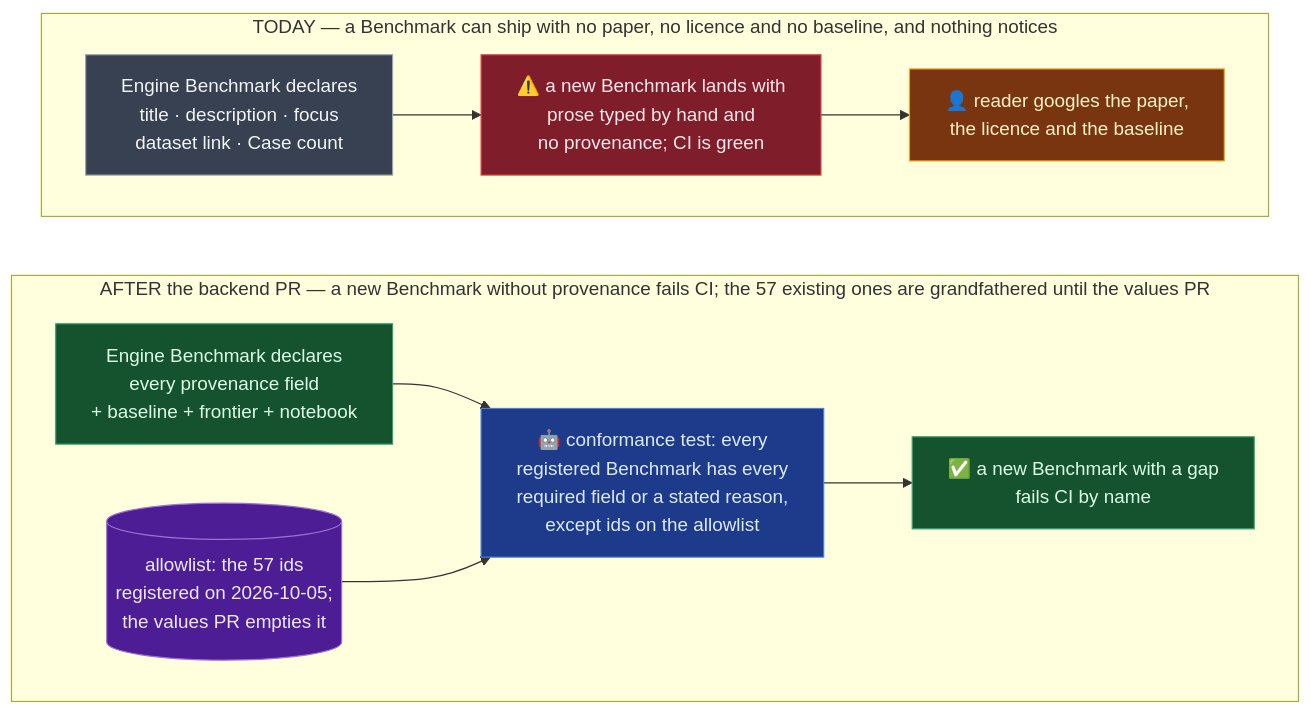
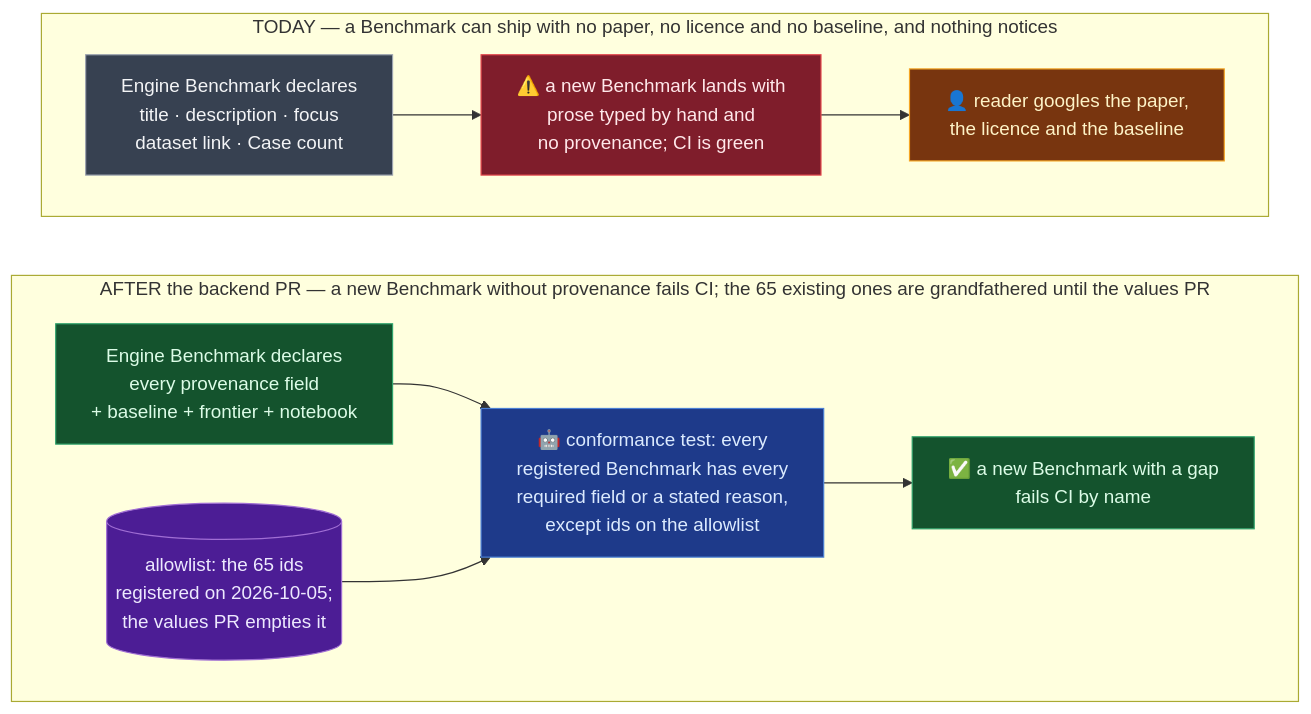
Before and after one commit to ScreamingFace/screamingface: the diagram in docs/spec/2026-10-05-OME-1455-benchmark-provenance.md, drawn with Mermaid. The commit also changed other lines of this file and 40 other files, not shown here.

First line of the commit message:
feat(screamingface-engine): declare Benchmark provenance and serve a saturation verdict

````diff
--- a/docs/spec/2026-10-05-OME-1455-benchmark-provenance.md
+++ b/docs/spec/2026-10-05-OME-1455-benchmark-provenance.md
@@ -42,27 +42,27 @@
 ```mermaid
 %%{init: {"flowchart": {"wrappingWidth": 440}}}%%
 flowchart TB
   subgraph TODAY["TODAY — a Benchmark can ship with no paper, no licence and no baseline, and nothing notices"]
     direction LR
     a1["Engine Benchmark declares<br/>title · description · focus<br/>dataset link · Case count"]:::plain
     a2["⚠️ a new Benchmark lands with<br/>prose typed by hand and<br/>no provenance; CI is green"]:::bad
     a3["👤 reader googles the paper,<br/>the licence and the baseline"]:::warn
     a1 --> a2 --> a3
   end
-  subgraph AFTER["AFTER the backend PR — a new Benchmark without provenance fails CI; the 57 existing ones are grandfathered until the values PR"]
+  subgraph AFTER["AFTER the backend PR — a new Benchmark without provenance fails CI; the 65 existing ones are grandfathered until the values PR"]
     direction LR
     b1["Engine Benchmark declares<br/>every provenance field<br/>+ baseline + frontier + notebook"]:::good
     b2["🤖 conformance test: every<br/>registered Benchmark has every<br/>required field or a stated reason,<br/>except ids on the allowlist"]:::stage
-    b3[("allowlist: the 57 ids<br/>registered on 2026-10-05;<br/>the values PR empties it")]:::data
+    b3[("allowlist: the 65 ids<br/>registered on 2026-10-05;<br/>the values PR empties it")]:::data
     b4["✅ a new Benchmark with a gap<br/>fails CI by name"]:::good
     b1 --> b2 --> b4
     b3 --> b2
   end
   TODAY ~~~ AFTER
   classDef bad   fill:#7f1d2b,stroke:#e5484d,color:#ffe8ea
   classDef good  fill:#14532d,stroke:#30a46c,color:#dcfce7
   classDef warn  fill:#78350f,stroke:#f5a524,color:#fef3c7
   classDef data  fill:#4c1d95,stroke:#a06ed4,color:#ede9fe
   classDef stage fill:#1e3a8a,stroke:#4a7fd4,color:#dbeafe
   classDef plain fill:#374151,stroke:#9ca3af,color:#f3f4f6
 ```
````
